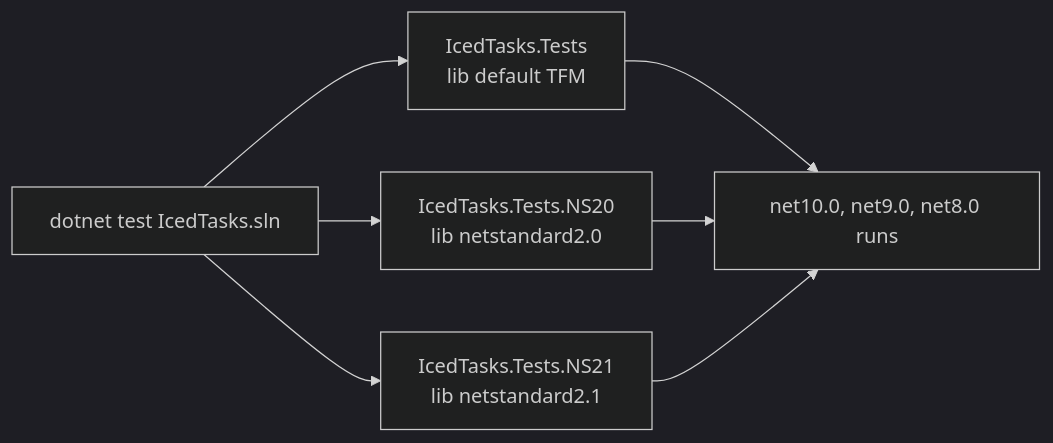
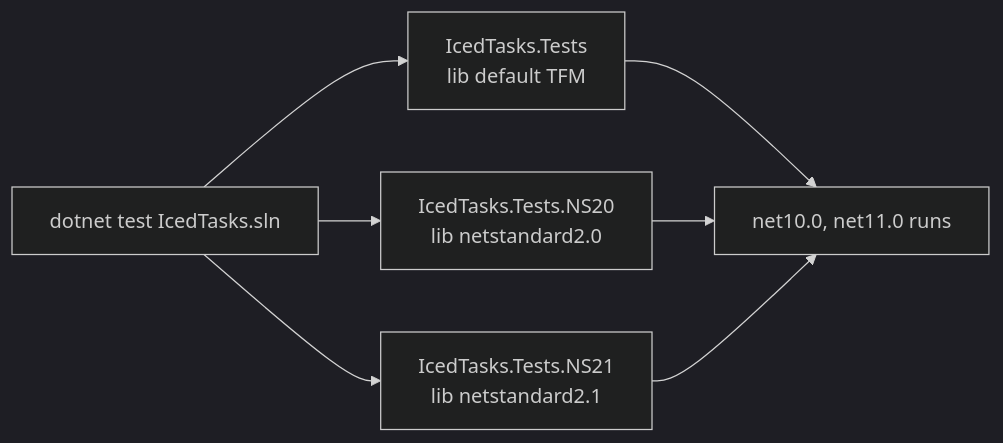
Before and after one commit to TheAngryByrd/IcedTasks: the diagram in lode/tests/summary.md, drawn with Mermaid (dark theme). The commit also changed other lines of this file and 45 other files, not shown here.

````diff
--- a/lode/tests/summary.md
+++ b/lode/tests/summary.md
@@ -28,9 +28,9 @@
 ```mermaid
 flowchart LR
     sln["dotnet test IcedTasks.sln"] --> t["IcedTasks.Tests<br/>lib default TFM"]
     sln --> n20["IcedTasks.Tests.NS20<br/>lib netstandard2.0"]
     sln --> n21["IcedTasks.Tests.NS21<br/>lib netstandard2.1"]
-    t --> r["net10.0, net9.0, net8.0 runs"]
+    t --> r["net10.0, net11.0 runs"]
     n20 --> r
     n21 --> r
 ```
````
